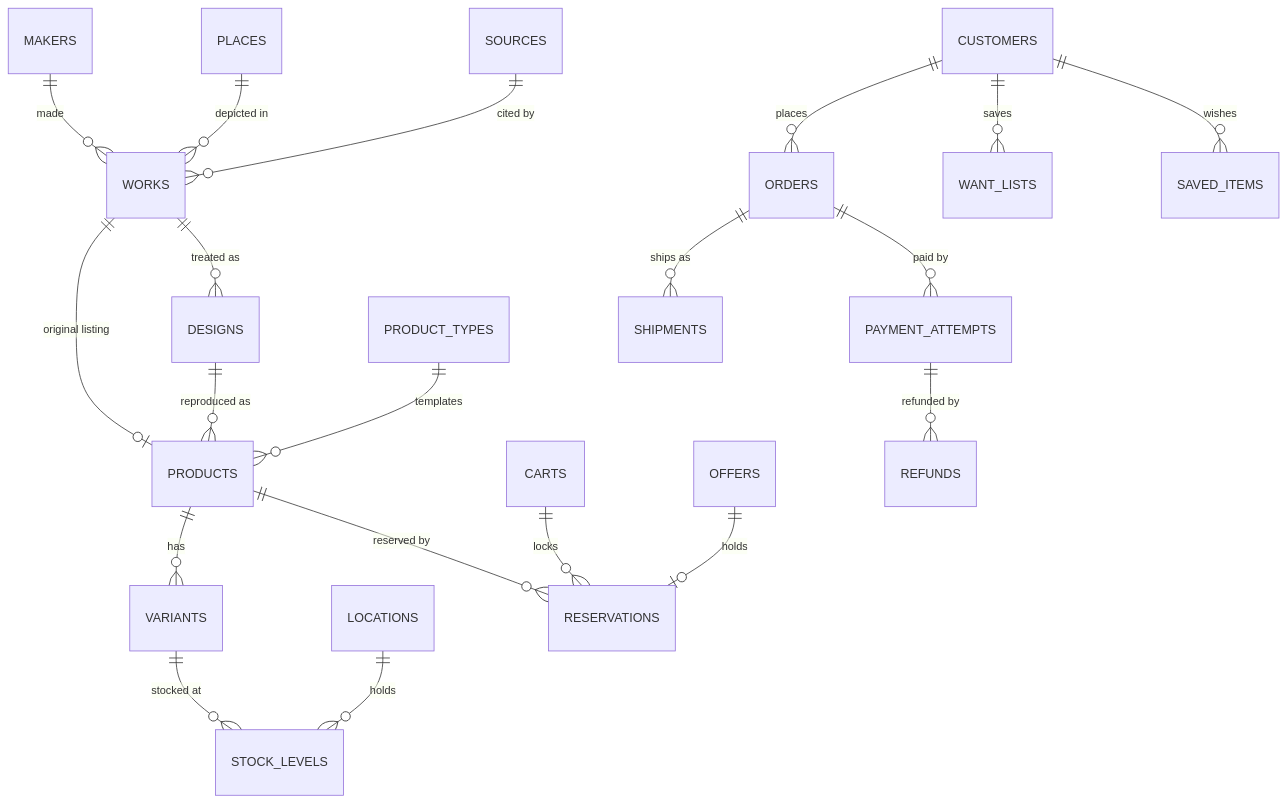
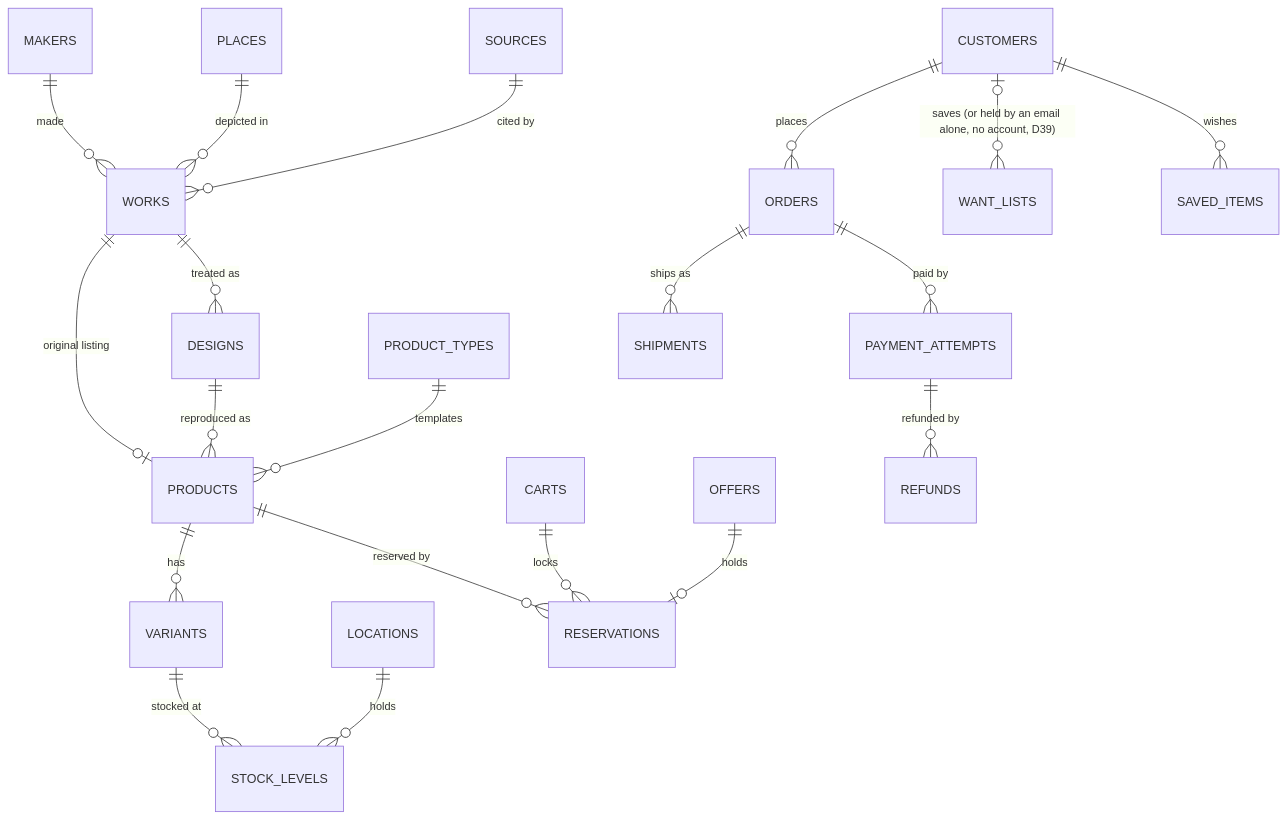
The third of 7 diagrams in .claude/specs/indies-platform/design.md (gaiadabali/antique-map), drawn with Mermaid before and after one commit. The commit also changed other lines of this file, not shown here.

````diff
--- a/.claude/specs/indies-platform/design.md
+++ b/.claude/specs/indies-platform/design.md
@@ -305,22 +320,22 @@
 ```mermaid
 erDiagram
     MAKERS ||--o{ WORKS : "made"
     PLACES ||--o{ WORKS : "depicted in"
     SOURCES ||--o{ WORKS : "cited by"
     WORKS ||--o| PRODUCTS : "original listing"
     WORKS ||--o{ DESIGNS : "treated as"
     DESIGNS ||--o{ PRODUCTS : "reproduced as"
     PRODUCT_TYPES ||--o{ PRODUCTS : "templates"
     PRODUCTS ||--o{ VARIANTS : "has"
     VARIANTS ||--o{ STOCK_LEVELS : "stocked at"
     LOCATIONS ||--o{ STOCK_LEVELS : "holds"
     PRODUCTS ||--o{ RESERVATIONS : "reserved by"
     CARTS ||--o{ RESERVATIONS : "locks"
     OFFERS ||--o| RESERVATIONS : "holds"
     CUSTOMERS ||--o{ ORDERS : "places"
     ORDERS ||--o{ PAYMENT_ATTEMPTS : "paid by"
     PAYMENT_ATTEMPTS ||--o{ REFUNDS : "refunded by"
     ORDERS ||--o{ SHIPMENTS : "ships as"
-    CUSTOMERS ||--o{ WANT_LISTS : "saves"
+    CUSTOMERS |o--o{ WANT_LISTS : "saves (or held by an email alone, no account, D39)"
     CUSTOMERS ||--o{ SAVED_ITEMS : "wishes"
 ```
````
